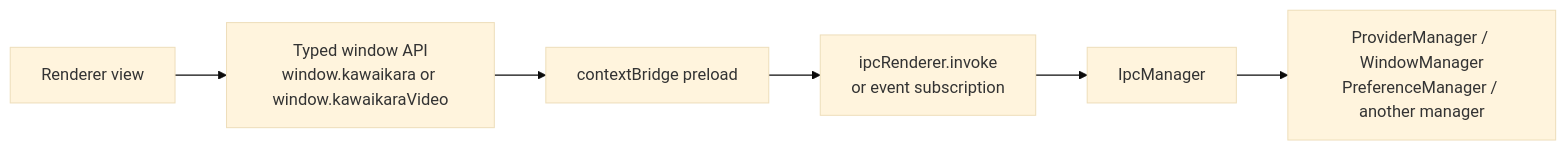
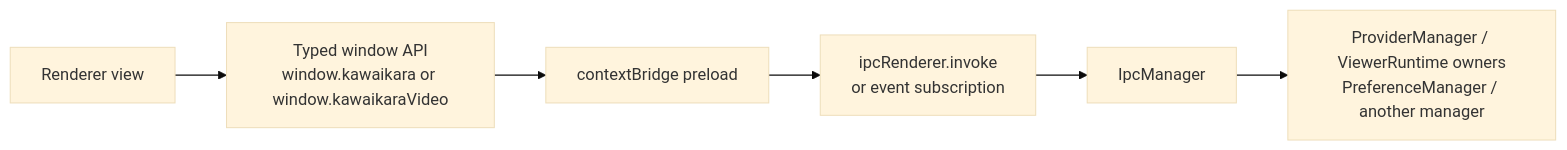
One commit to fabyday/kawaikara changed the fourth of 6 diagrams in docs/Developer/Architecture/3.Runtime.md. Above: the diagram before and after it, drawn with Mermaid (base theme). The commit also changed other lines of this file and 55 other files, not shown here.

````diff
--- a/docs/Developer/Architecture/3.Runtime.md
+++ b/docs/Developer/Architecture/3.Runtime.md
@@ -261,8 +261,8 @@
 ```mermaid
 flowchart LR
   Renderer["Renderer view"] --> API["Typed window API<br/>window.kawaikara or window.kawaikaraVideo"]
   API --> Preload["contextBridge preload"]
   Preload --> IPC["ipcRenderer.invoke<br/>or event subscription"]
   IPC --> IpcManager["IpcManager"]
-  IpcManager --> Managers["ProviderManager / WindowManager<br/>PreferenceManager / another manager"]
+  IpcManager --> Managers["ProviderManager / ViewerRuntime owners<br/>PreferenceManager / another manager"]
 ```
````
